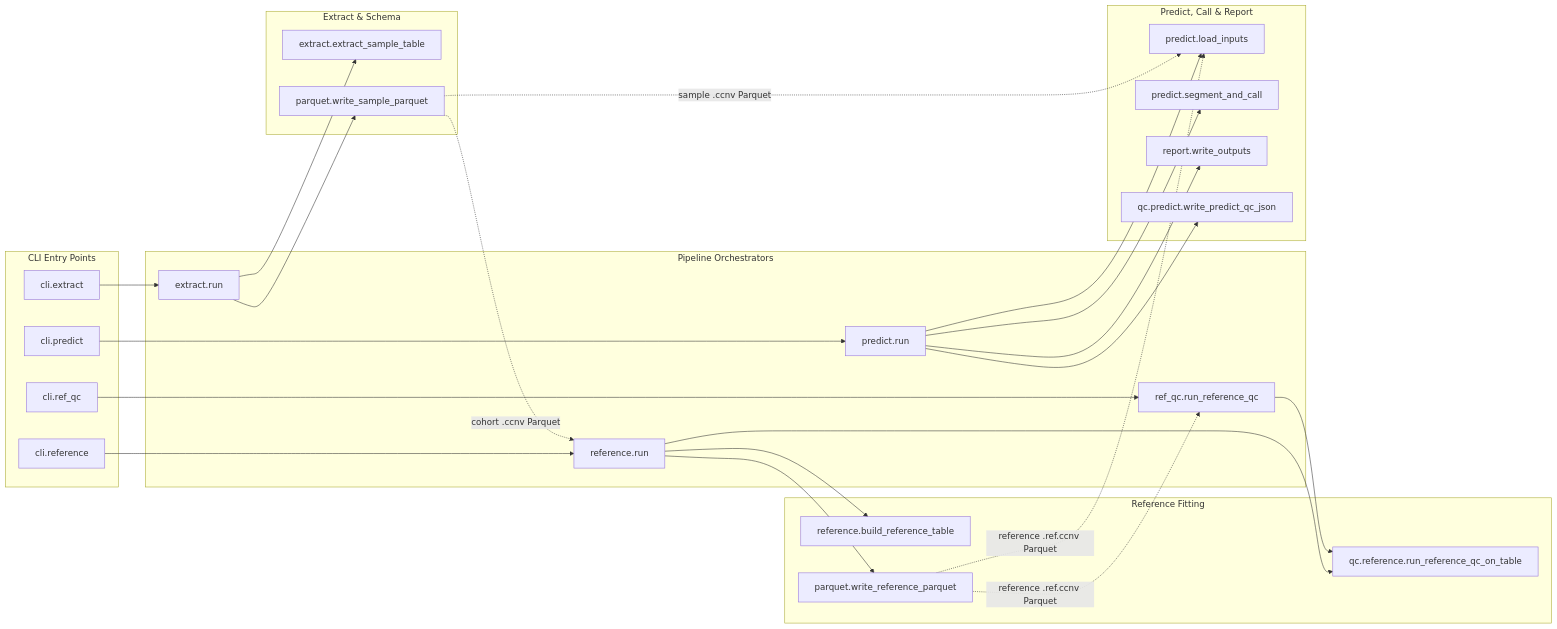
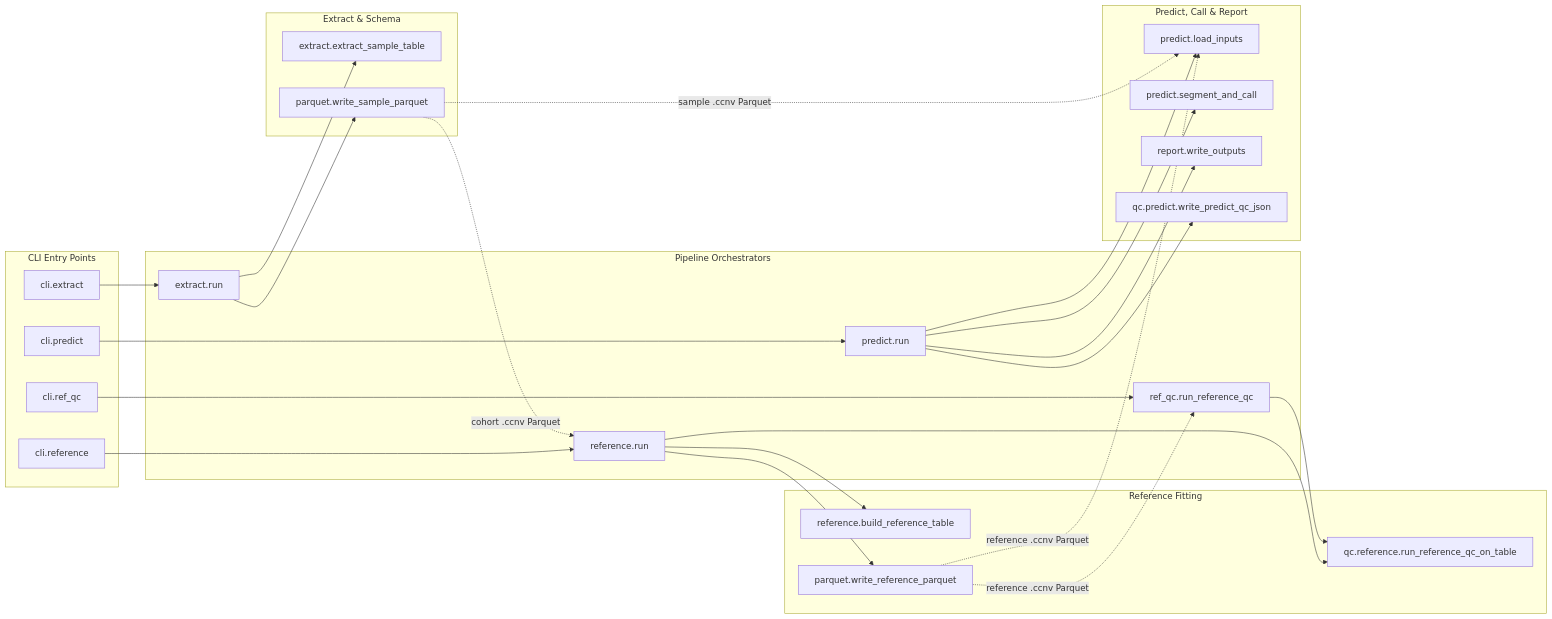
The second of 5 diagrams in docs/api.md (matthdsm/ccnv), drawn with Mermaid before and after one commit. The commit also changed other lines of this file and 19 other files, not shown here.

````diff
--- a/docs/api.md
+++ b/docs/api.md
@@ -33,44 +33,44 @@
 ```mermaid
 flowchart LR
     subgraph CLI["CLI Entry Points"]
         C_EXT["cli.extract"]
         C_REF["cli.reference"]
         C_RQC["cli.ref_qc"]
         C_PRD["cli.predict"]
     end
     subgraph ORCH["Pipeline Orchestrators"]
         O_EXT["extract.run"]
         O_REF["reference.run"]
         O_RQC["ref_qc.run_reference_qc"]
         O_PRD["predict.run"]
     end
     subgraph EXT_IO["Extract & Schema"]
         EX_TBL["extract.extract_sample_table"]
         PQ_WS["parquet.write_sample_parquet"]
     end
     subgraph REF_BLD["Reference Fitting"]
         RF_BLD["reference.build_reference_table"]
         PQ_WR["parquet.write_reference_parquet"]
         Q_REF["qc.reference.run_reference_qc_on_table"]
     end
     subgraph PRD_FLOW["Predict, Call & Report"]
         PR_IN["predict.load_inputs"]
         PR_SEG["predict.segment_and_call"]
         R_OUT["report.write_outputs"]
         Q_PRD["qc.predict.write_predict_qc_json"]
     end
     C_EXT --> O_EXT --> EX_TBL
     O_EXT --> PQ_WS
     C_REF --> O_REF --> RF_BLD
     O_REF --> PQ_WR
     O_REF --> Q_REF
     C_RQC --> O_RQC --> Q_REF
     C_PRD --> O_PRD --> PR_IN
     O_PRD --> PR_SEG
     O_PRD --> R_OUT
     O_PRD --> Q_PRD
     PQ_WS -. "sample .ccnv Parquet" .-> PR_IN
     PQ_WS -. "cohort .ccnv Parquet" .-> O_REF
-    PQ_WR -. "reference .ref.ccnv Parquet" .-> O_RQC
-    PQ_WR -. "reference .ref.ccnv Parquet" .-> PR_IN
+    PQ_WR -. "reference .ccnv Parquet" .-> O_RQC
+    PQ_WR -. "reference .ccnv Parquet" .-> PR_IN
 ```
````
